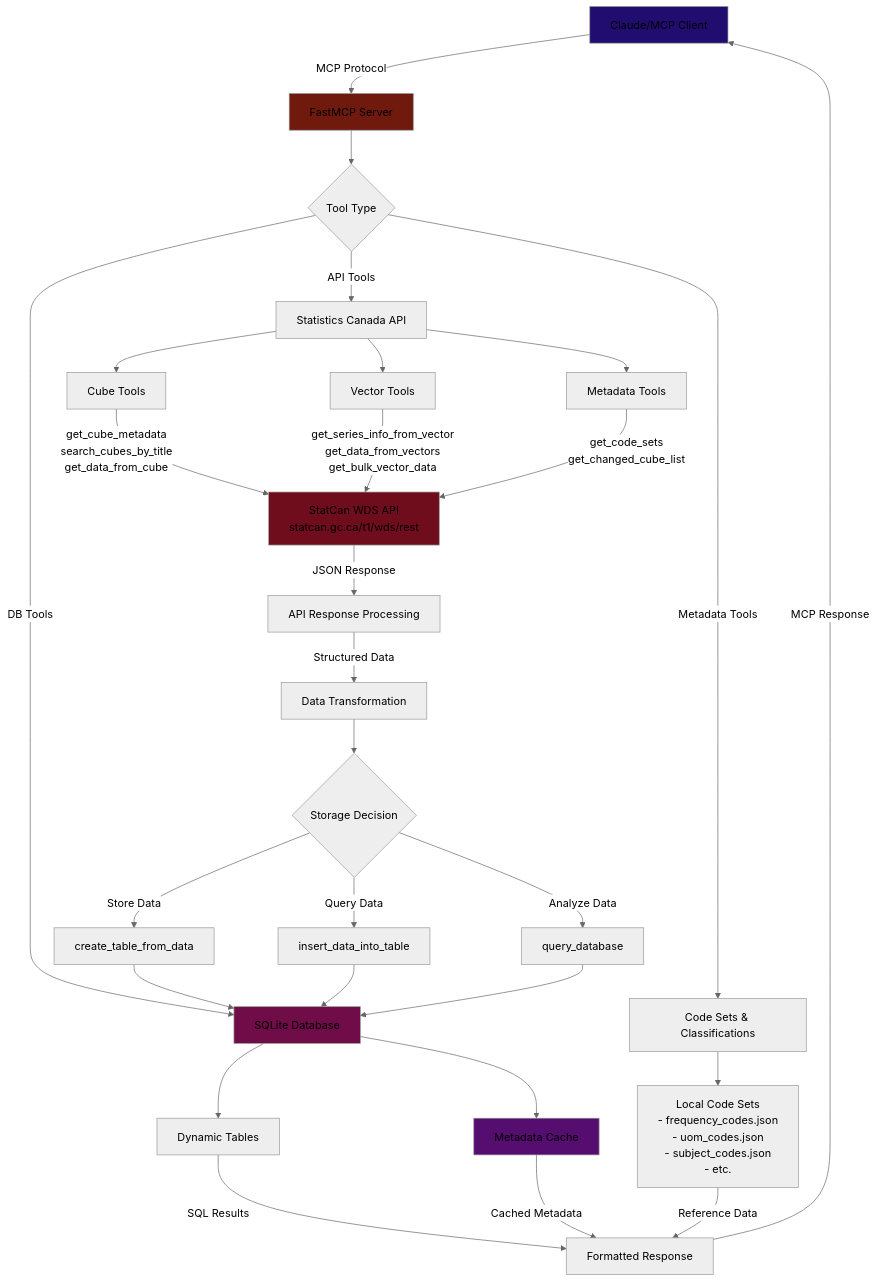
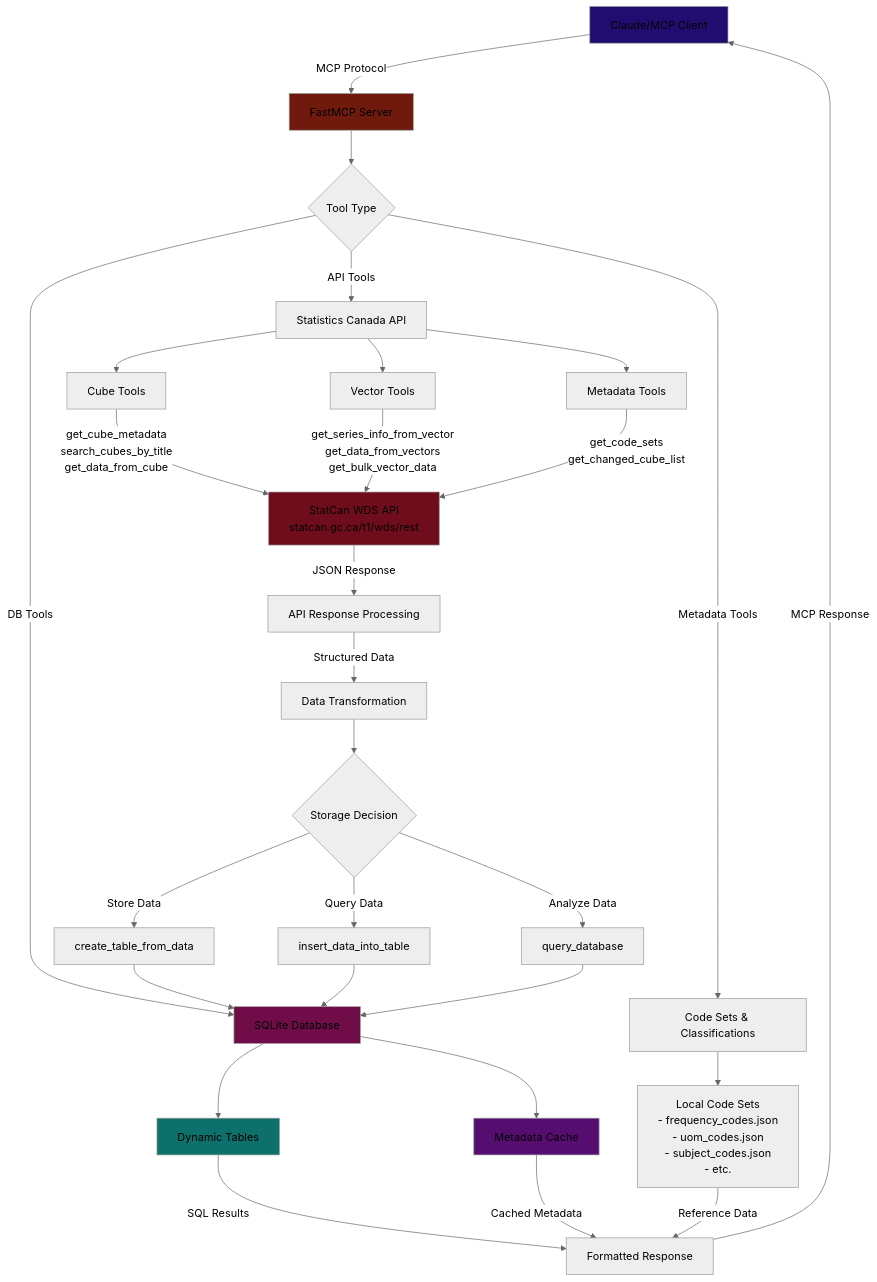
One commit to Aryan-Jhaveri/mcp-statcan changed the diagram in IMPLEMENTATIONS.md. Above: the diagram before and after it, drawn with Mermaid (neutral theme).

````diff
--- a/IMPLEMENTATIONS.md
+++ b/IMPLEMENTATIONS.md
@@ -19,47 +19,47 @@
 ```mermaid
 flowchart TD
     A[Claude/MCP Client] -->|MCP Protocol| B[FastMCP Server]
     
     B --> C{Tool Type}
     C -->|API Tools| D[Statistics Canada API]
     C -->|DB Tools| E[SQLite Database]
     C -->|Metadata Tools| F[Code Sets & Classifications]
     
     D --> G[Cube Tools]
     D --> H[Vector Tools]
     D --> I[Metadata Tools]
     
     G -->|get_cube_metadata<br/>search_cubes_by_title<br/>get_data_from_cube| J[StatCan WDS API<br/>statcan.gc.ca/t1/wds/rest]
     H -->|get_series_info_from_vector<br/>get_data_from_vectors<br/>get_bulk_vector_data| J
     I -->|get_code_sets<br/>get_changed_cube_list| J
     
     J -->|JSON Response| K[API Response Processing]
     K -->|Structured Data| L[Data Transformation]
     
     L --> M{Storage Decision}
     M -->|Store Data| N[create_table_from_data]
     M -->|Query Data| O[insert_data_into_table]
     M -->|Analyze Data| P[query_database]
     
     N --> E
     O --> E
     P --> E
     
     E --> Q[Dynamic Tables]
     E --> R[Metadata Cache]
     
     Q -->|SQL Results| S[Formatted Response]
     R -->|Cached Metadata| S
     
     S -->|MCP Response| A
     
     F --> T[Local Code Sets<br/>- frequency_codes.json<br/>- uom_codes.json<br/>- subject_codes.json<br/>- etc.]
     T -->|Reference Data| S
     
     style A fill:#210d70
     style B fill:#70190d
     style E fill:#700d49
     style J fill:#700d1c
-    style Q fill:#0d706b`
+    style Q fill:#0d706b
     style R fill:#560d70
 ```
````
